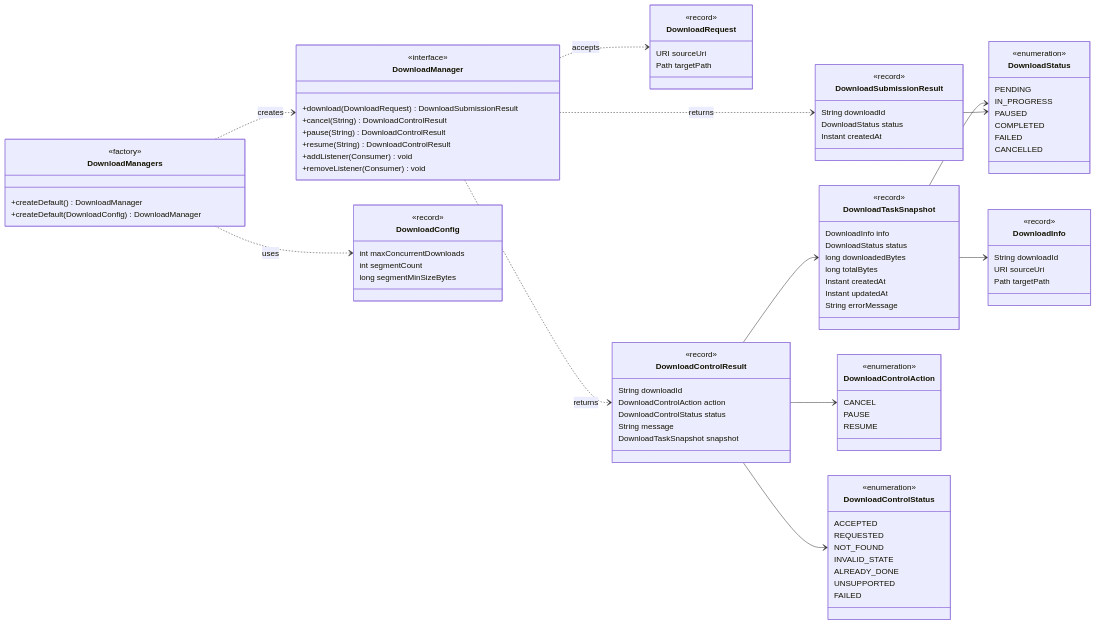
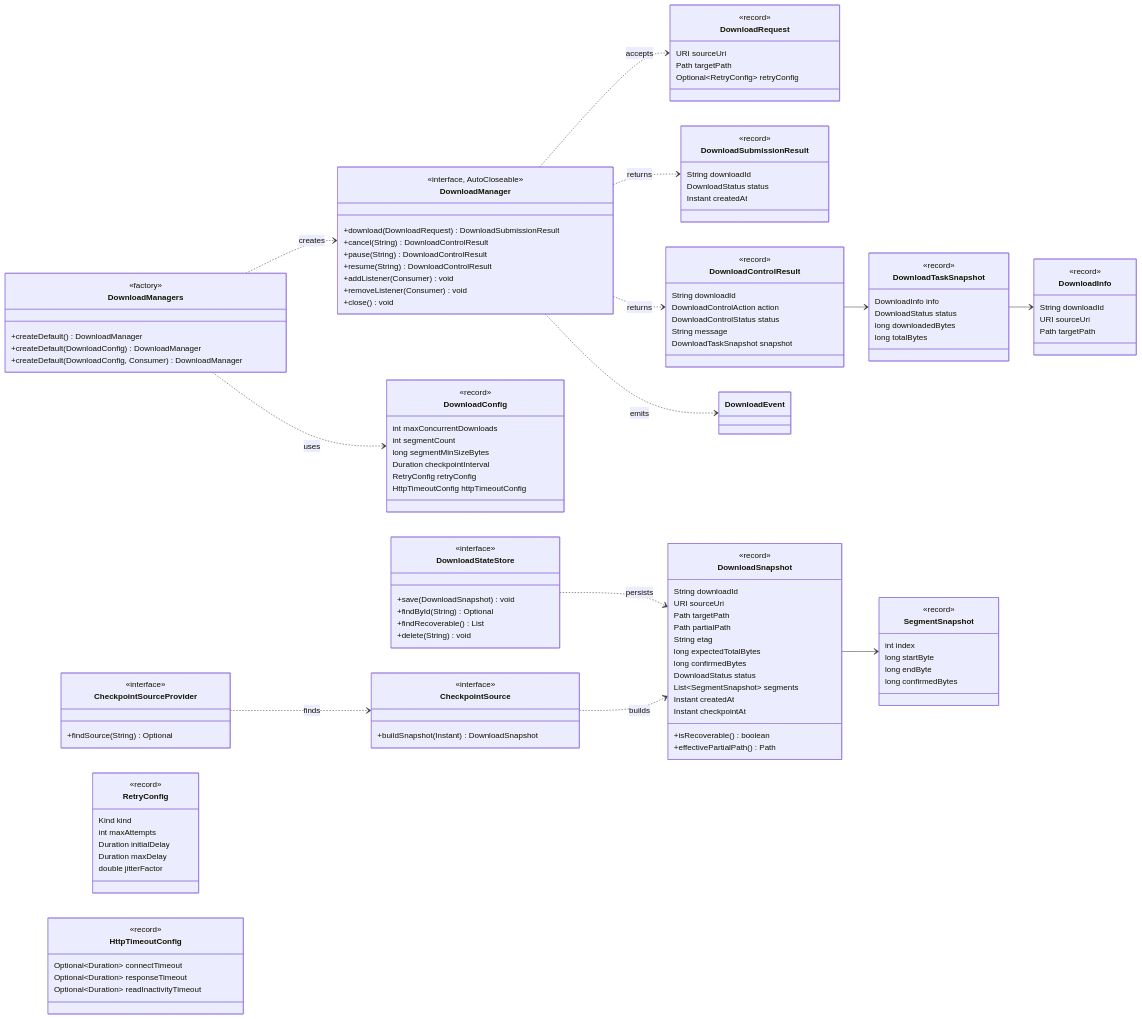
One commit to jsanca/Katabasis changed the first of 3 diagrams in docs/knowledge/architecture/class-model.md. Above: the diagram before and after it, drawn with Mermaid. The commit also changed other lines of this file and 13 other files, not shown here.

Commit message:
K-KNOWLEDGE-CURATE-001: refresh architecture knowledge at f999777

````diff
--- a/docs/knowledge/architecture/class-model.md
+++ b/docs/knowledge/architecture/class-model.md
@@ -17,22 +16,43 @@
         <<factory>>
         +createDefault() DownloadManager
         +createDefault(DownloadConfig) DownloadManager
+        +createDefault(DownloadConfig, Consumer) DownloadManager
     }
 
     class DownloadManager {
-        <<interface>>
+        <<interface, AutoCloseable>>
         +download(DownloadRequest) DownloadSubmissionResult
         +cancel(String) DownloadControlResult
         +pause(String) DownloadControlResult
         +resume(String) DownloadControlResult
         +addListener(Consumer) void
         +removeListener(Consumer) void
+        +close() void
+    }
+
+    class CheckpointSourceProvider {
+        <<interface>>
+        +findSource(String) Optional
+    }
+
+    class CheckpointSource {
+        <<interface>>
+        +buildSnapshot(Instant) DownloadSnapshot
+    }
+
+    class DownloadStateStore {
+        <<interface>>
+        +save(DownloadSnapshot) void
+        +findById(String) Optional
+        +findRecoverable() List
+        +delete(String) void
     }
 
     class DownloadRequest {
         <<record>>
         URI sourceUri
         Path targetPath
+        Optional~RetryConfig~ retryConfig
     }
 
     class DownloadConfig {
@@ -40,6 +60,25 @@
         int maxConcurrentDownloads
         int segmentCount
         long segmentMinSizeBytes
+        Duration checkpointInterval
+        RetryConfig retryConfig
+        HttpTimeoutConfig httpTimeoutConfig
+    }
+
+    class RetryConfig {
+        <<record>>
+        Kind kind
+        int maxAttempts
+        Duration initialDelay
+        Duration maxDelay
+        double jitterFactor
+    }
+
+    class HttpTimeoutConfig {
+        <<record>>
+        Optional~Duration~ connectTimeout
+        Optional~Duration~ responseTimeout
+        Optional~Duration~ readInactivityTimeout
     }
 
     class DownloadInfo {
@@ -71,37 +110,31 @@
         DownloadStatus status
         long downloadedBytes
         long totalBytes
-        Instant createdAt
-        Instant updatedAt
-        String errorMessage
     }
 
-    class DownloadStatus {
-        <<enumeration>>
-        PENDING
-        IN_PROGRESS
-        PAUSED
-        COMPLETED
-        FAILED
-        CANCELLED
+    class DownloadSnapshot {
+        <<record>>
+        String downloadId
+        URI sourceUri
+        Path targetPath
+        Path partialPath
+        String etag
+        long expectedTotalBytes
+        long confirmedBytes
+        DownloadStatus status
+        List~SegmentSnapshot~ segments
+        Instant createdAt
+        Instant checkpointAt
+        +isRecoverable() boolean
+        +effectivePartialPath() Path
     }
 
-    class DownloadControlAction {
-        <<enumeration>>
-        CANCEL
-        PAUSE
-        RESUME
-    }
-
-    class DownloadControlStatus {
-        <<enumeration>>
-        ACCEPTED
-        REQUESTED
-        NOT_FOUND
-        INVALID_STATE
-        ALREADY_DONE
-        UNSUPPORTED
-        FAILED
+    class SegmentSnapshot {
+        <<record>>
+        int index
+        long startByte
+        long endByte
+        long confirmedBytes
     }
 
     DownloadManagers ..> DownloadManager : creates
@@ -109,10 +142,11 @@
     DownloadManager ..> DownloadRequest : accepts
     DownloadManager ..> DownloadSubmissionResult : returns
     DownloadManager ..> DownloadControlResult : returns
+    DownloadManager ..> DownloadEvent : emits
     DownloadControlResult --> DownloadTaskSnapshot
-    DownloadControlResult --> DownloadControlAction
-    DownloadControlResult --> DownloadControlStatus
     DownloadTaskSnapshot --> DownloadInfo
-    DownloadTaskSnapshot --> DownloadStatus
-    DownloadSubmissionResult --> DownloadStatus
+    DownloadSnapshot --> SegmentSnapshot
+    CheckpointSource ..> DownloadSnapshot : builds
+    CheckpointSourceProvider ..> CheckpointSource : finds
+    DownloadStateStore ..> DownloadSnapshot : persists
 ```
````
